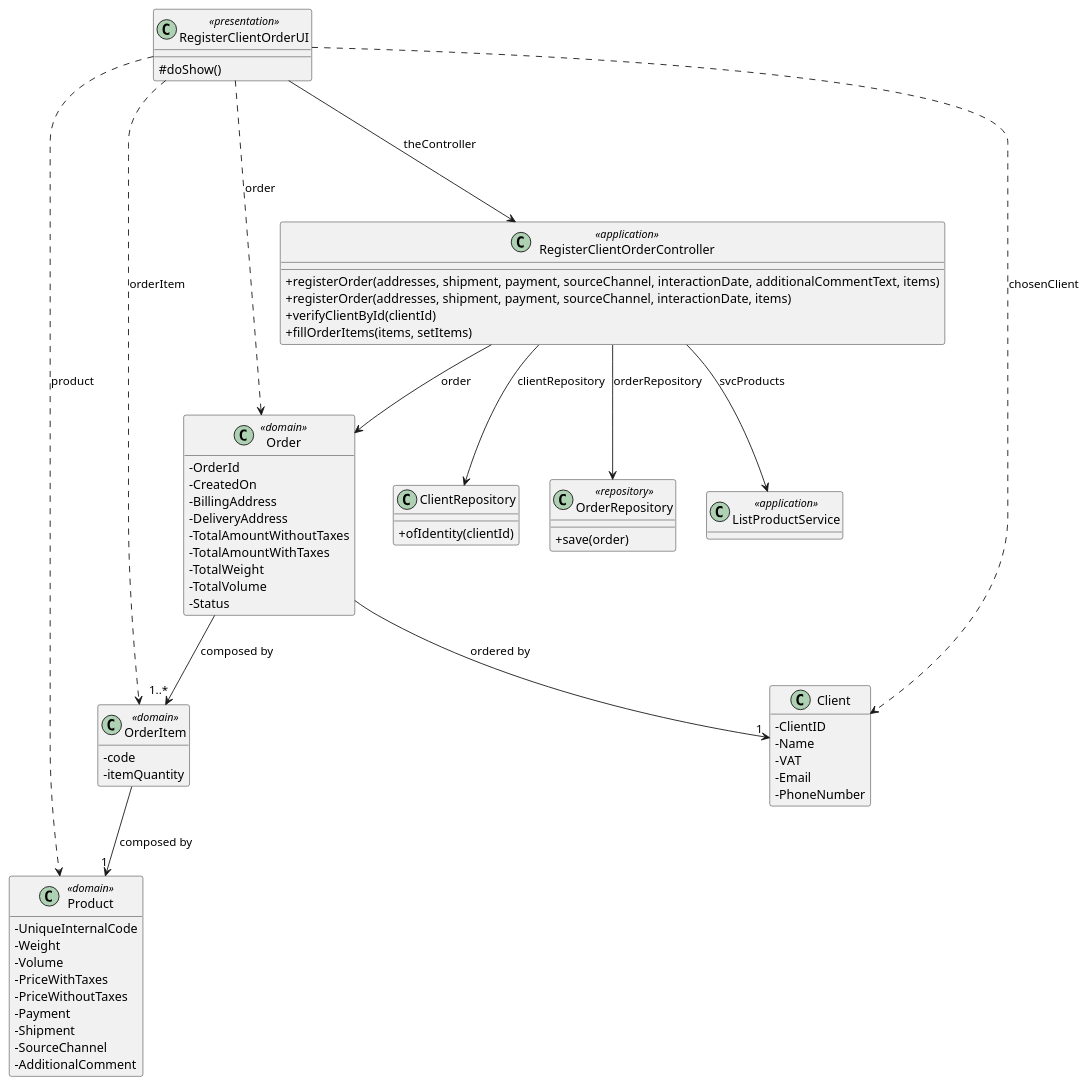
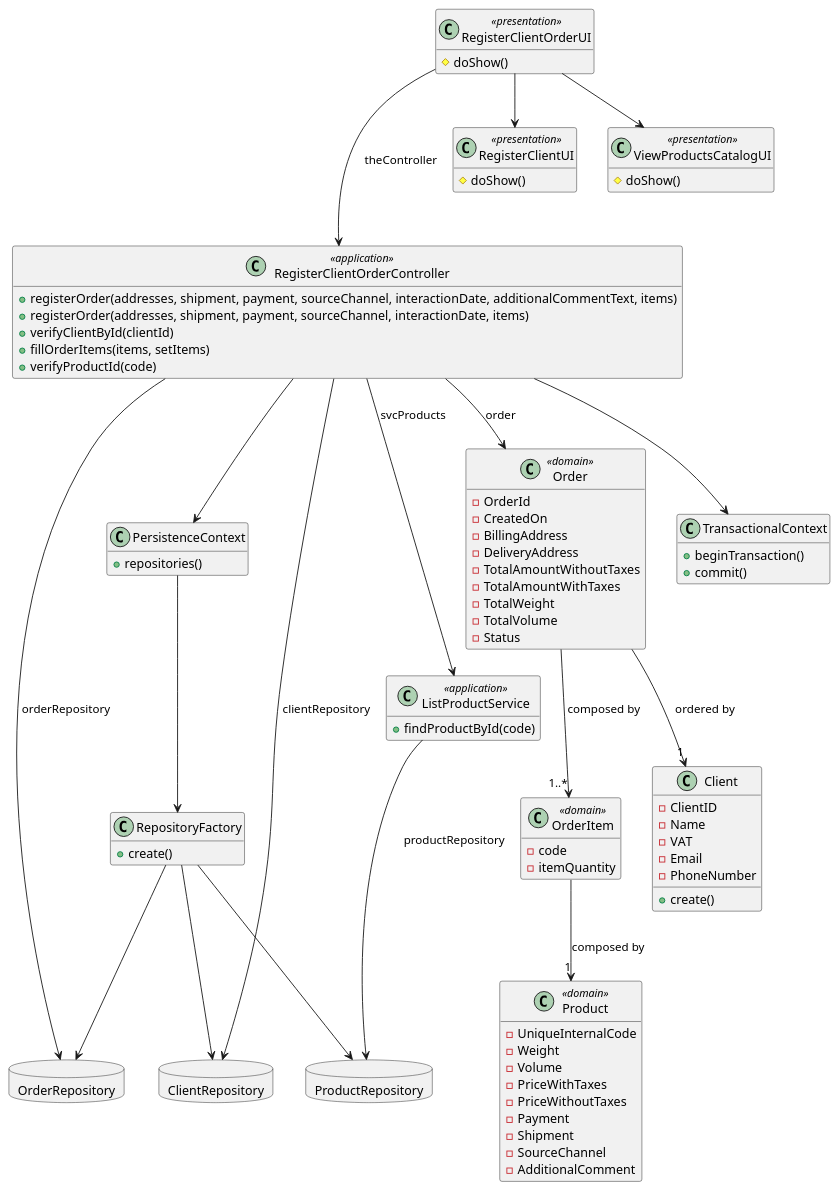
The diagram in docs/1201518/US1004/CD_RegisterOrderClient.puml (ana-albergaria/LAPR4-ISEP), drawn with PlantUML before and after one commit. The commit also changed 4 other files, not shown here.

Commit message:
issue #5 - adding Diagrams

```diff
--- a/docs/1201518/US1004/CD_RegisterOrderClient.puml
+++ b/docs/1201518/US1004/CD_RegisterOrderClient.puml
@@ -1,99 +1,146 @@
 @startuml
-skinparam classAttributeIconSize 0
+
 hide empty methods
+hide empty attributes
 
 class RegisterClientOrderUI <<presentation>>
 class RegisterClientOrderController <<application>>
 class Order <<domain>>
-class OrderRepository <<repository>>
 class OrderItem <<domain>>
 class Product <<domain>>
 class ListProductService <<application>>
+class RegisterClientUI <<presentation>>
+class ViewProductsCatalogUI <<presentation>>
 
 class Order {
 -OrderId /'automatically generated'/
 - CreatedOn /'automatically generated na hora do registo do sistema'/
 - BillingAddress
 - DeliveryAddress
 - TotalAmountWithoutTaxes
 - TotalAmountWithTaxes
 - TotalWeight
 - TotalVolume
 - Status
 }
 
-class OrderRepository{
-+save(order)
+class ListProductService {
++findProductById(code)
+}
+
+database OrderRepository{
+}
+
+class PersistenceContext{
++repositories()
 }
 
 
+
+class Client{
++create()
+}
+
+class TransactionalContext{
++beginTransaction()
++commit()
+}
 
 
 
 
 
 class RegisterClientOrderController {
 +registerOrder(addresses, shipment, payment, sourceChannel, interactionDate, additionalCommentText, items)
 +registerOrder(addresses, shipment, payment, sourceChannel, interactionDate, items)
 +verifyClientById(clientId)
 +fillOrderItems(items, setItems)
++verifyProductId(code)
 }
 
 class RegisterClientOrderUI {
     #doShow()
+}
 
+class RegisterClientUI {
+    #doShow()
+}
+
+class ViewProductsCatalogUI {
+    #doShow()
 }
 
 class OrderItem {
 -code
 -itemQuantity
 }
 
 class Product {
 -UniqueInternalCode
 -Weight
 -Volume
 -PriceWithTaxes
 -PriceWithoutTaxes
 -Payment
 -Shipment
 -SourceChannel
 -AdditionalComment
 }
 
 class Client {
 - ClientID
 - Name
 - VAT
 - Email
 - PhoneNumber
 }
 
-class ClientRepository{
-+ofIdentity(clientId)
+database ClientRepository{
+}
+
+database ProductRepository {
+}
+
+
+
+class RepositoryFactory{
++create()
 }
 
 
 RegisterClientOrderUI ---> RegisterClientOrderController : theController
 RegisterClientOrderController --> Order : order
 RegisterClientOrderController --> OrderRepository : orderRepository
 
-RegisterClientOrderUI ..> Order : order
+/'RegisterClientOrderUI ..> Order : order'/
 
 
 
 Order --> "1..*" OrderItem : composed by
 OrderItem --> "1" Product : composed by
 Order --> "1" Client : ordered by
 
 RegisterClientOrderController --> ClientRepository : clientRepository
 
 /'RegisterClientOrderController --> Product : product'/
 RegisterClientOrderController --> ListProductService : svcProducts
 
-RegisterClientOrderUI ..> Client : chosenClient
+/'RegisterClientOrderUI ..> Client : chosenClient
 RegisterClientOrderUI ..> OrderItem : orderItem
-RegisterClientOrderUI ..> Product : product
+RegisterClientOrderUI ..> Product : product'/
+
+ListProductService --> ProductRepository : productRepository
+
+RegisterClientOrderController -->PersistenceContext
+RegisterClientOrderController -->TransactionalContext
+
+PersistenceContext -->RepositoryFactory
+RepositoryFactory -->ClientRepository
+RepositoryFactory -->ProductRepository
+RepositoryFactory -->OrderRepository
+
+RegisterClientOrderUI --> ViewProductsCatalogUI
+RegisterClientOrderUI --> RegisterClientUI
 
 
 @enduml
```
